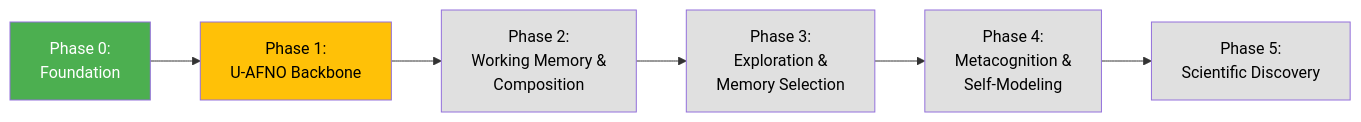
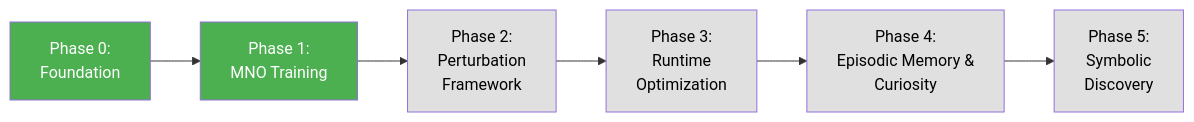
One commit to dgabriele/spinlock changed the diagram in docs/noa-roadmap.md. Above: the diagram before and after it, drawn with Mermaid. The commit also changed other lines of this file and 6 other files, not shown here.

First line of the commit message:
feat: implement Phase 2 perturbation framework and episode infrastructure

````diff
--- a/docs/noa-roadmap.md
+++ b/docs/noa-roadmap.md
@@ -9,22 +9,22 @@
 ```mermaid
 flowchart LR
     Phase0[Phase 0:<br/>Foundation]
-    Phase1[Phase 1:<br/>U-AFNO Backbone]
-    Phase2[Phase 2:<br/>Working Memory &<br/>Composition]
-    Phase3[Phase 3:<br/>Exploration &<br/>Memory Selection]
-    Phase4[Phase 4:<br/>Metacognition &<br/>Self-Modeling]
-    Phase5[Phase 5:<br/>Scientific Discovery]
+    Phase1[Phase 1:<br/>MNO Training]
+    Phase2[Phase 2:<br/>Perturbation<br/>Framework]
+    Phase3[Phase 3:<br/>Runtime<br/>Optimization]
+    Phase4[Phase 4:<br/>Episodic Memory &<br/>Curiosity]
+    Phase5[Phase 5:<br/>Symbolic<br/>Discovery]
 
     Phase0 --> Phase1
     Phase1 --> Phase2
     Phase2 --> Phase3
     Phase3 --> Phase4
     Phase4 --> Phase5
 
     style Phase0 fill:#4CAF50,color:#fff
-    style Phase1 fill:#FFC107,color:#000
+    style Phase1 fill:#4CAF50,color:#fff
     style Phase2 fill:#e0e0e0,color:#000
     style Phase3 fill:#e0e0e0,color:#000
     style Phase4 fill:#e0e0e0,color:#000
     style Phase5 fill:#e0e0e0,color:#000
 ```
````
